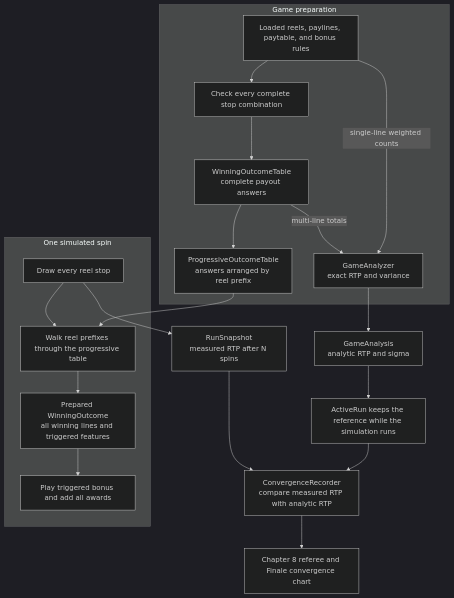
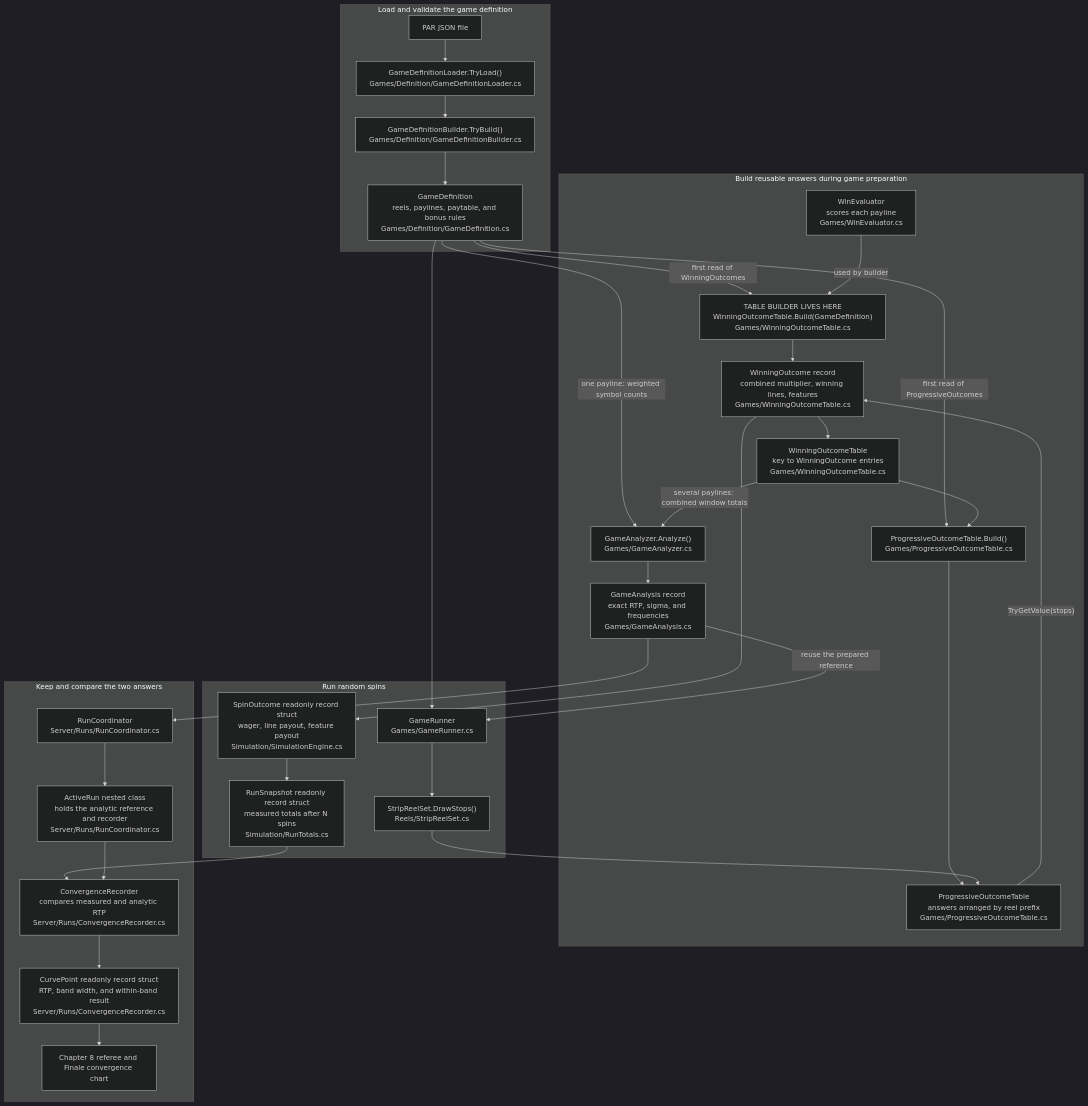
Before and after one commit to mmpworks/MMP.SlotDemo: the first of 4 diagrams in docs/articles/05-weighted-enumeration.md, drawn with Mermaid (dark theme). The commit also changed other lines of this file and 2 other files, not shown here.

Commit message:
Map chapter five diagram to source types

````diff
--- a/docs/articles/05-weighted-enumeration.md
+++ b/docs/articles/05-weighted-enumeration.md
@@ -118,24 +118,42 @@
 ```mermaid
 flowchart TB
-    subgraph PREP["Game preparation"]
-        PAR["Loaded reels, paylines, paytable, and bonus rules"] --> BUILD["Check every complete stop combination"]
-        BUILD --> WIN["WinningOutcomeTable<br/>complete payout answers"]
-        WIN --> PROG["ProgressiveOutcomeTable<br/>answers arranged by reel prefix"]
-        WIN -->|"multi-line totals"| MATH["GameAnalyzer<br/>exact RTP and variance"]
-        PAR -->|"single-line weighted counts"| MATH
+    subgraph LOAD["Load and validate the game definition"]
+        JSON["PAR JSON file"] --> LOADER["GameDefinitionLoader.TryLoad()<br/>Games/Definition/GameDefinitionLoader.cs"]
+        LOADER --> BUILDER["GameDefinitionBuilder.TryBuild()<br/>Games/Definition/GameDefinitionBuilder.cs"]
+        BUILDER --> DEF["GameDefinition<br/>reels, paylines, paytable, and bonus rules<br/>Games/Definition/GameDefinition.cs"]
     end
 
-    subgraph SPIN["One simulated spin"]
-        DRAW["Draw every reel stop"] --> WALK["Walk reel prefixes through the progressive table"]
-        WALK --> RESULT["Prepared WinningOutcome<br/>all winning lines and triggered features"]
-        RESULT --> PAY["Play triggered bonus and add all awards"]
+    subgraph PREP["Build reusable answers during game preparation"]
+        DEF -->|"first read of WinningOutcomes"| TABLEBUILD["TABLE BUILDER LIVES HERE<br/>WinningOutcomeTable.Build(GameDefinition)<br/>Games/WinningOutcomeTable.cs"]
+        EVAL["WinEvaluator<br/>scores each payline<br/>Games/WinEvaluator.cs"] -->|"used by builder"| TABLEBUILD
+        TABLEBUILD --> OUTCOME["WinningOutcome record<br/>combined multiplier, winning lines, features<br/>Games/WinningOutcomeTable.cs"]
+        OUTCOME --> WINTABLE["WinningOutcomeTable<br/>key to WinningOutcome entries<br/>Games/WinningOutcomeTable.cs"]
+
+        DEF -->|"first read of ProgressiveOutcomes"| PROGBUILD["ProgressiveOutcomeTable.Build()<br/>Games/ProgressiveOutcomeTable.cs"]
+        WINTABLE --> PROGBUILD
+        PROGBUILD --> PROGTABLE["ProgressiveOutcomeTable<br/>answers arranged by reel prefix<br/>Games/ProgressiveOutcomeTable.cs"]
+
+        DEF -->|"one payline: weighted symbol counts"| ANALYZER["GameAnalyzer.Analyze()<br/>Games/GameAnalyzer.cs"]
+        WINTABLE -->|"several paylines: combined window totals"| ANALYZER
+        ANALYZER --> ANALYSIS["GameAnalysis record<br/>exact RTP, sigma, and frequencies<br/>Games/GameAnalysis.cs"]
     end
 
-    PROG --> WALK
-    MATH --> REPORT["GameAnalysis<br/>analytic RTP and sigma"]
-    REPORT --> ACTIVE["ActiveRun keeps the reference while the simulation runs"]
-    DRAW --> TOTALS["RunSnapshot<br/>measured RTP after N spins"]
-    ACTIVE --> COMPARE["ConvergenceRecorder<br/>compare measured RTP with analytic RTP"]
-    TOTALS --> COMPARE
-    COMPARE --> CHART["Chapter 8 referee and Finale convergence chart"]
+    subgraph SPIN["Run random spins"]
+        DEF --> RUNNER["GameRunner<br/>Games/GameRunner.cs"]
+        ANALYSIS -->|"reuse the prepared reference"| RUNNER
+        RUNNER --> DRAW["StripReelSet.DrawStops()<br/>Reels/StripReelSet.cs"]
+        DRAW --> PROGTABLE
+        PROGTABLE -->|"TryGetValue(stops)"| OUTCOME
+        OUTCOME --> SPINRESULT["SpinOutcome readonly record struct<br/>wager, line payout, feature payout<br/>Simulation/SimulationEngine.cs"]
+        SPINRESULT --> SNAPSHOT["RunSnapshot readonly record struct<br/>measured totals after N spins<br/>Simulation/RunTotals.cs"]
+    end
+
+    subgraph SERVER["Keep and compare the two answers"]
+        COORD["RunCoordinator<br/>Server/Runs/RunCoordinator.cs"] --> ACTIVE["ActiveRun nested class<br/>holds the analytic reference and recorder<br/>Server/Runs/RunCoordinator.cs"]
+        ANALYSIS --> COORD
+        SNAPSHOT --> RECORDER["ConvergenceRecorder<br/>compares measured and analytic RTP<br/>Server/Runs/ConvergenceRecorder.cs"]
+        ACTIVE --> RECORDER
+        RECORDER --> POINT["CurvePoint readonly record struct<br/>RTP, band width, and within-band result<br/>Server/Runs/ConvergenceRecorder.cs"]
+        POINT --> CHART["Chapter 8 referee and Finale convergence chart"]
+    end
 ```
````
